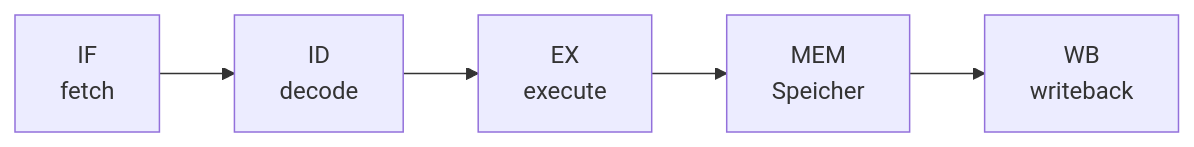
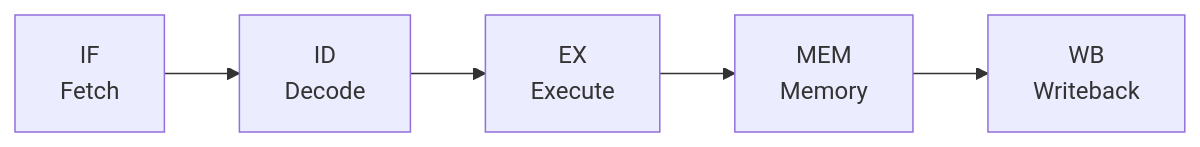
Before and after one commit to Kmila9s/Kmila: the diagram in Kmila.Shared/wwwroot/Learn/de/cpu/01-cpu-overview.md, drawn with Mermaid. The commit also changed other lines of this file and 207 other files, not shown here.

````diff
--- a/Kmila.Shared/wwwroot/Learn/de/cpu/01-cpu-overview.md
+++ b/Kmila.Shared/wwwroot/Learn/de/cpu/01-cpu-overview.md
@@ -5,4 +5,4 @@
 ```mermaid
 flowchart LR
-    IF["IF<br/>fetch"] --> ID["ID<br/>decode"] --> EX["EX<br/>execute"] --> MEM["MEM<br/>Speicher"] --> WB["WB<br/>writeback"]
+    IF["IF<br/>Fetch"] --> ID["ID<br/>Decode"] --> EX["EX<br/>Execute"] --> MEM["MEM<br/>Memory"] --> WB["WB<br/>Writeback"]
 ```
````
